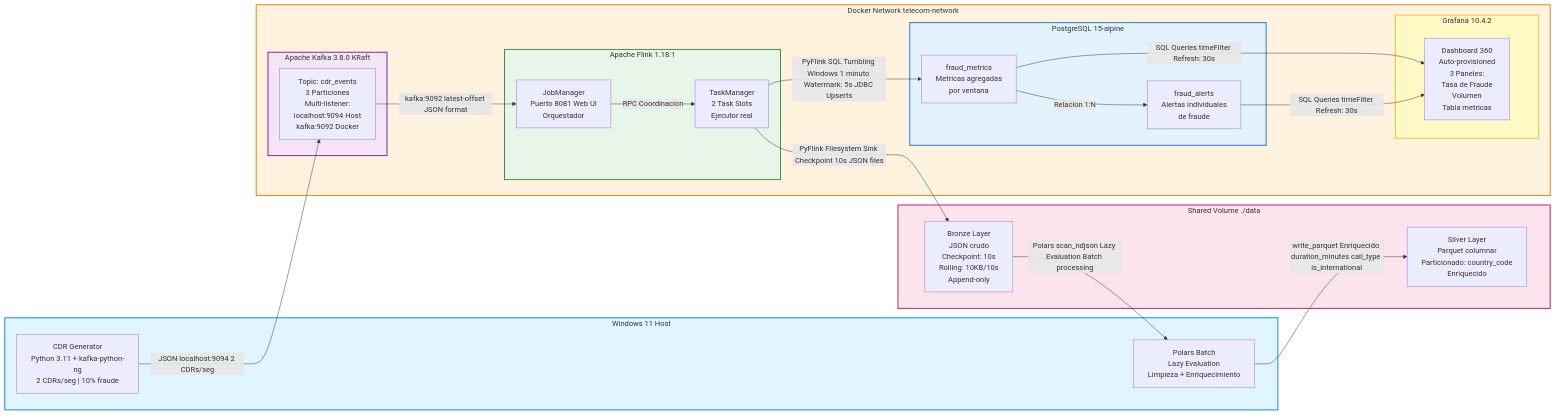
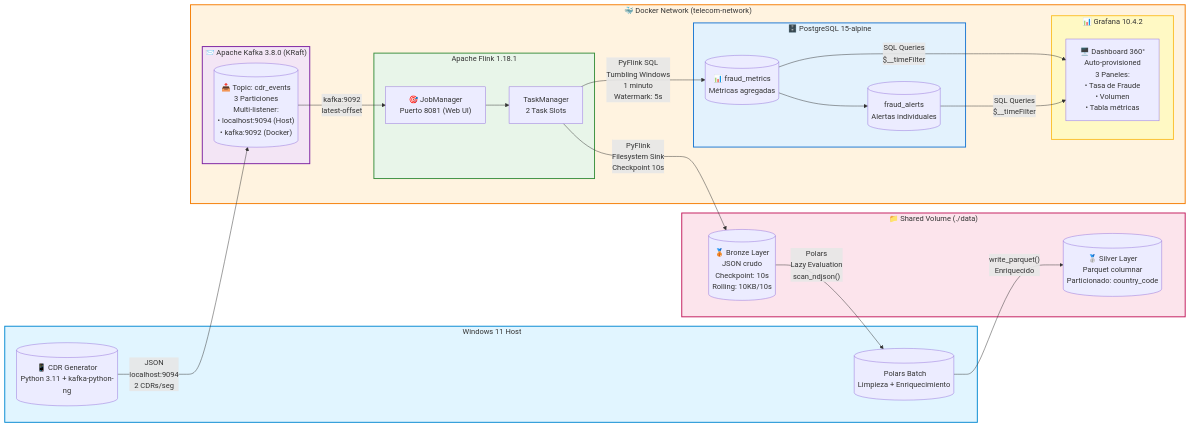
One commit to AllGoHer/Real-Time-Telecom-CDR-Fraud-Detection-Network-Analytics changed the diagram in README.md. Above: the diagram before and after it, drawn with Mermaid. The commit also changed other lines of this file, not shown here.

Commit message:
Update project architecture diagram in README

````diff
--- a/README.md
+++ b/README.md
@@ -93,51 +95,56 @@
 ```mermaid
 graph LR
-    subgraph Windows_Host["Windows 11 Host"]
-        A["CDR Generator<br/>Python 3.11 + kafka-python-ng<br/>2 CDRs/seg | 10% fraude"]
-        B["Polars Batch<br/>Lazy Evaluation<br/>Limpieza + Enriquecimiento"]
+    subgraph Windows_Host["️ Windows 11 Host"]
+        A[("📱 CDR Generator<br/>Python 3.11 + kafka-python-ng")]
+        B[("️ Polars Batch<br/>Limpieza + Enriquecimiento")]
     end
 
-    subgraph Docker_Network["Docker Network telecom-network"]
-        subgraph Kafka_Cluster["Apache Kafka 3.8.0 KRaft"]
-            K["Topic: cdr_events<br/>3 Particiones<br/>Multi-listener:<br/>localhost:9094 Host<br/>kafka:9092 Docker"]
+    subgraph Docker_Network["🐳 Docker Network (telecom-network)"]
+        subgraph Kafka_Cluster["📨 Apache Kafka 3.8.0 (KRaft)"]
+            K[("📥 Topic: cdr_events<br/>3 Particiones<br/>Multi-listener:<br/>• localhost:9094 (Host)<br/>• kafka:9092 (Docker)")]
         end
 
-        subgraph Flink_Cluster["Apache Flink 1.18.1"]
-            JM["JobManager<br/>Puerto 8081 Web UI<br/>Orquestador"]
-            TM["TaskManager<br/>2 Task Slots<br/>Ejecutor real"]
+        subgraph Flink_Cluster[" Apache Flink 1.18.1"]
+            JM["🎯 JobManager<br/>Puerto 8081 (Web UI)"]
+            TM[" TaskManager<br/>2 Task Slots"]
         end
 
-        subgraph PostgreSQL_DB["PostgreSQL 15-alpine"]
-            FM["fraud_metrics<br/>Metricas agregadas<br/>por ventana"]
-            FA["fraud_alerts<br/>Alertas individuales<br/>de fraude"]
+        subgraph PostgreSQL_DB["🗄️ PostgreSQL 15-alpine"]
+            FM[("📊 fraud_metrics<br/>Métricas agregadas")]
+            FA[(" fraud_alerts<br/>Alertas individuales")]
         end
 
-        subgraph Grafana_Viz["Grafana 10.4.2"]
-            GD["Dashboard 360<br/>Auto-provisioned<br/>3 Paneles:<br/>Tasa de Fraude<br/>Volumen<br/>Tabla metricas"]
+        subgraph Grafana_Viz["📊 Grafana 10.4.2"]
+            GD["🖥️ Dashboard 360°<br/>Auto-provisioned<br/>3 Paneles:<br/>• Tasa de Fraude<br/>• Volumen<br/>• Tabla métricas"]
         end
     end
 
-    subgraph Shared_Volume["Shared Volume ./data"]
-        BL["Bronze Layer<br/>JSON crudo<br/>Checkpoint: 10s<br/>Rolling: 10KB/10s<br/>Append-only"]
-        SL["Silver Layer<br/>Parquet columnar<br/>Particionado: country_code<br/>Enriquecido"]
+    subgraph Shared_Volume["📁 Shared Volume (./data)"]
+        BL[("🥉 Bronze Layer<br/>JSON crudo<br/>Checkpoint: 10s<br/>Rolling: 10KB/10s")]
+        SL[("🥈 Silver Layer<br/>Parquet columnar<br/>Particionado: country_code")]
     end
 
-    A -->|"JSON localhost:9094 2 CDRs/seg"| K
-    K -->|"kafka:9092 latest-offset JSON format"| JM
-    JM -->|"RPC Coordinacion"| TM
-    TM -->|"PyFlink Filesystem Sink Checkpoint 10s JSON files"| BL
-    BL -->|"Polars scan_ndjson Lazy Evaluation Batch processing"| B
-    B -->|"write_parquet Enriquecido duration_minutes call_type is_international"| SL
-    TM -->|"PyFlink SQL Tumbling Windows 1 minuto Watermark: 5s JDBC Upserts"| FM
-    FM -->|"Relacion 1:N"| FA
-    FM -->|"SQL Queries timeFilter Refresh: 30s"| GD
-    FA -->|"SQL Queries timeFilter Refresh: 30s"| GD
+    %% Flujo de datos
+    A -->|"JSON<br/>localhost:9094<br/>2 CDRs/seg"| K
+    K -->|"kafka:9092<br/>latest-offset"| JM
+    JM --> TM
+    
+    TM -->|"PyFlink<br/>Filesystem Sink<br/>Checkpoint 10s"| BL
+    BL -->|"Polars<br/>Lazy Evaluation<br/>scan_ndjson()"| B
+    B -->|"write_parquet()<br/>Enriquecido"| SL
+    
+    TM -->|"PyFlink SQL<br/>Tumbling Windows<br/>1 minuto<br/>Watermark: 5s"| FM
+    FM --> FA
+    
+    FM -->|"SQL Queries<br/>$__timeFilter"| GD
+    FA -->|"SQL Queries<br/>$__timeFilter"| GD
 
+    %% Estilos
     style Windows_Host fill:#e1f5ff,stroke:#0288d1,stroke-width:2px
     style Docker_Network fill:#fff3e0,stroke:#f57c00,stroke-width:2px
     style Kafka_Cluster fill:#f3e5f5,stroke:#7b1fa2,stroke-width:2px
     style Flink_Cluster fill:#e8f5e9,stroke:#388e3c,stroke-width:2px
     style PostgreSQL_DB fill:#e3f2fd,stroke:#1976d2,stroke-width:2px
     style Grafana_Viz fill:#fff9c4,stroke:#fbc02d,stroke-width:2px
     style Shared_Volume fill:#fce4ec,stroke:#c2185b,stroke-width:2px
 ```
````
